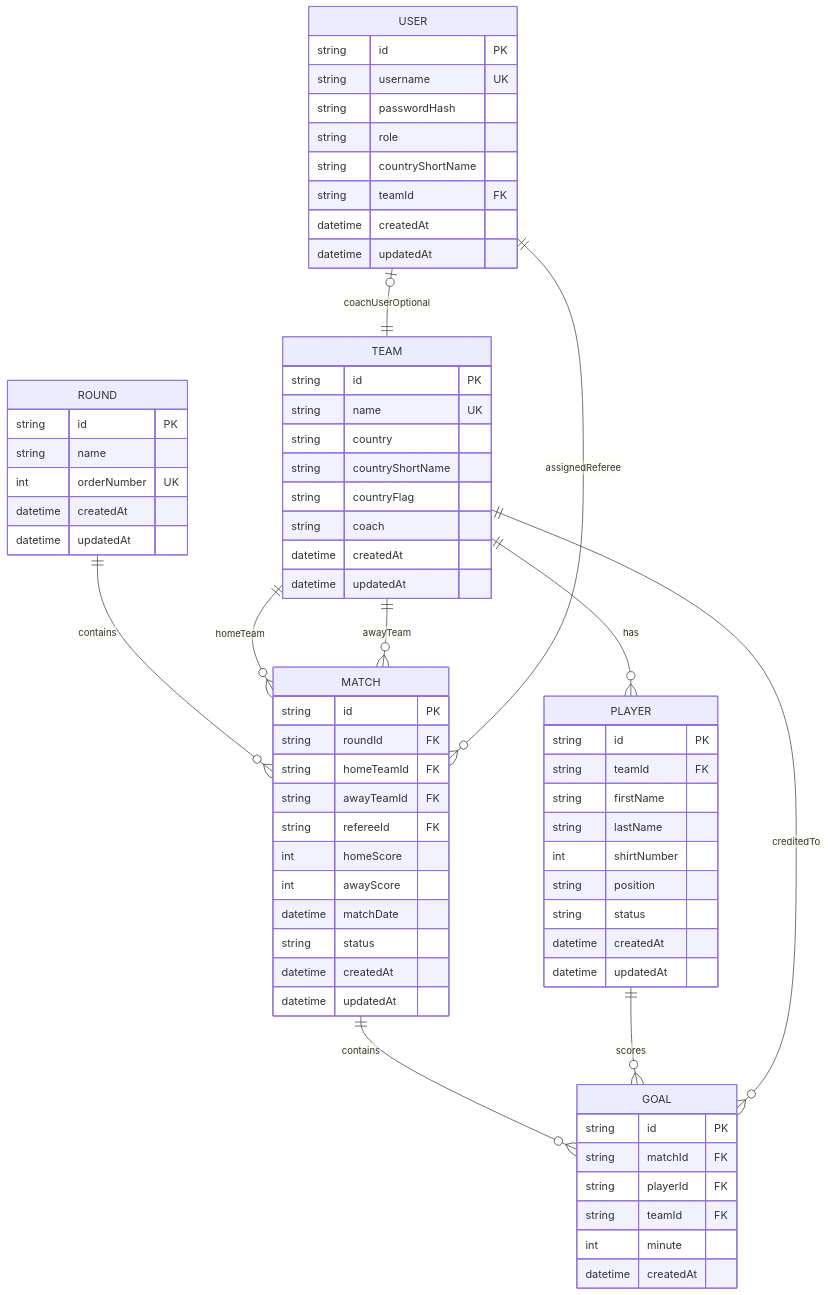
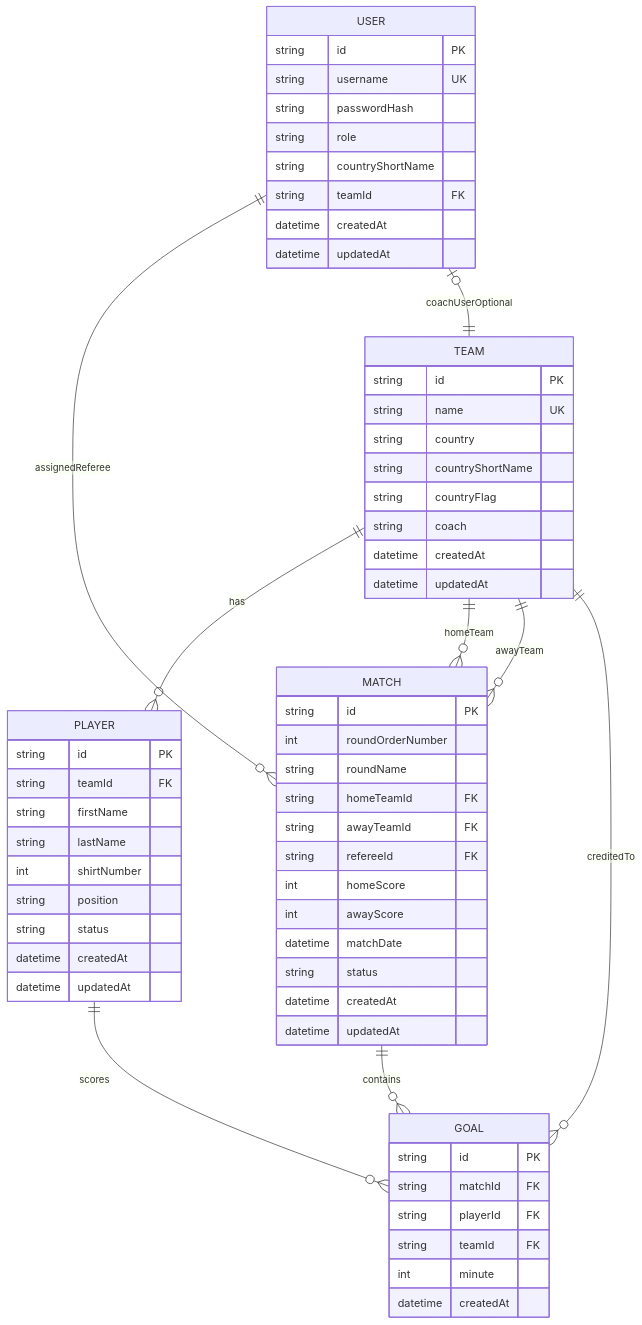
Before and after one commit to sanderkerkhofs/worldcup-manager-2026: the diagram in documenation/02-data-model-erd.md, drawn with Mermaid. The commit also changed other lines of this file and 41 other files, not shown here.

````diff
--- a/documenation/02-data-model-erd.md
+++ b/documenation/02-data-model-erd.md
@@ -20,77 +19,69 @@
 ```mermaid
 erDiagram
     USER {
         string id PK
         string username UK
         string passwordHash
         string role
         string countryShortName
         string teamId FK
         datetime createdAt
         datetime updatedAt
     }
 
     TEAM {
         string id PK
         string name UK
         string country
         string countryShortName
         string countryFlag
         string coach
         datetime createdAt
         datetime updatedAt
     }
 
     PLAYER {
         string id PK
         string teamId FK
         string firstName
         string lastName
         int shirtNumber
         string position
         string status
         datetime createdAt
         datetime updatedAt
     }
 
-    ROUND {
-        string id PK
-        string name
-        int orderNumber UK
-        datetime createdAt
-        datetime updatedAt
-    }
-
     MATCH {
         string id PK
-        string roundId FK
+        int roundOrderNumber
+        string roundName
         string homeTeamId FK
         string awayTeamId FK
         string refereeId FK
         int homeScore
         int awayScore
         datetime matchDate
         string status
         datetime createdAt
         datetime updatedAt
     }
 
     GOAL {
         string id PK
         string matchId FK
         string playerId FK
         string teamId FK
         int minute
         datetime createdAt
     }
 
     TEAM ||--o{ PLAYER : has
-    ROUND ||--o{ MATCH : contains
     TEAM ||--o{ MATCH : homeTeam
     TEAM ||--o{ MATCH : awayTeam
     USER ||--o{ MATCH : assignedReferee
     USER o|--|| TEAM : coachUserOptional
     MATCH ||--o{ GOAL : contains
     PLAYER ||--o{ GOAL : scores
     TEAM ||--o{ GOAL : creditedTo
 ```
````
